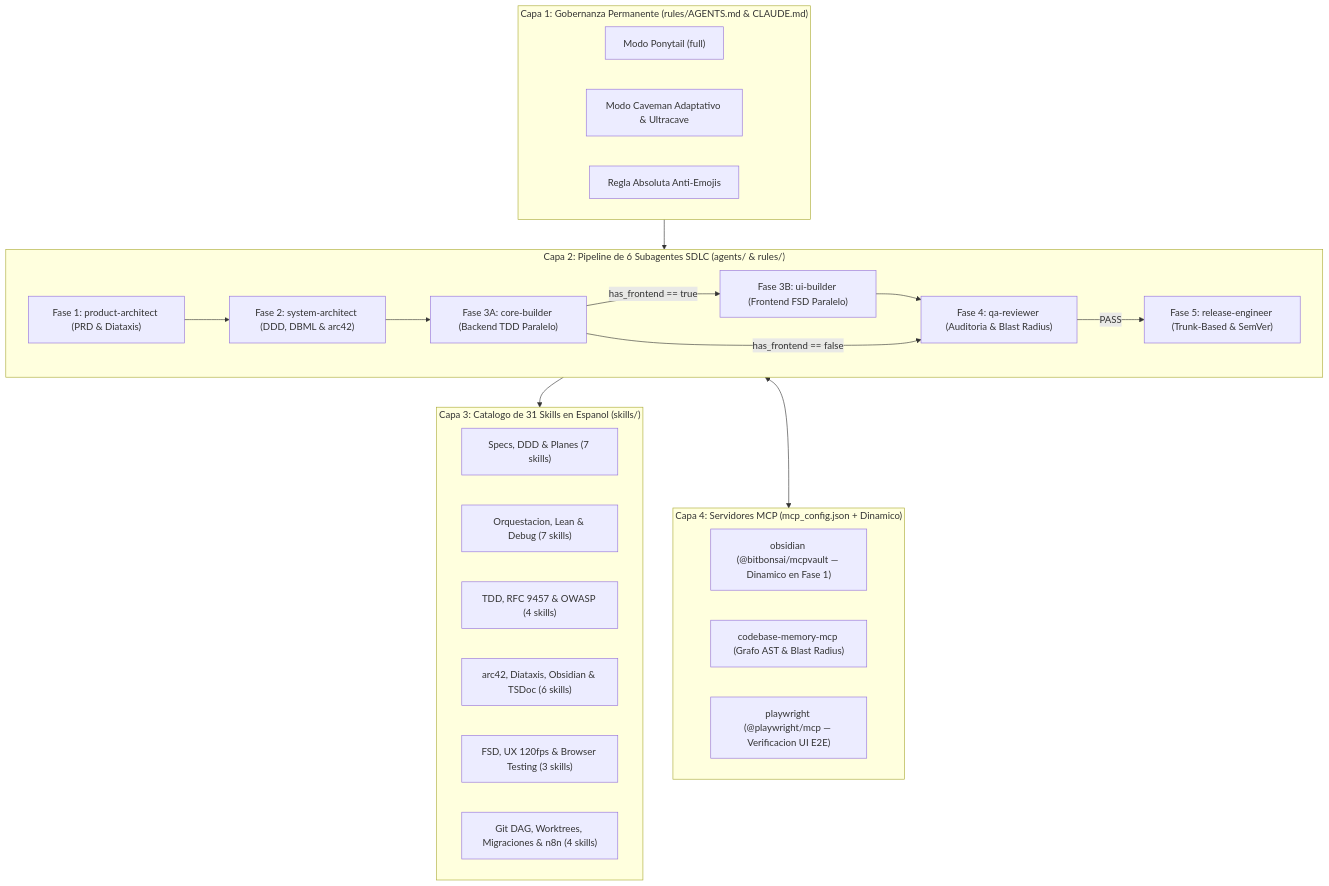
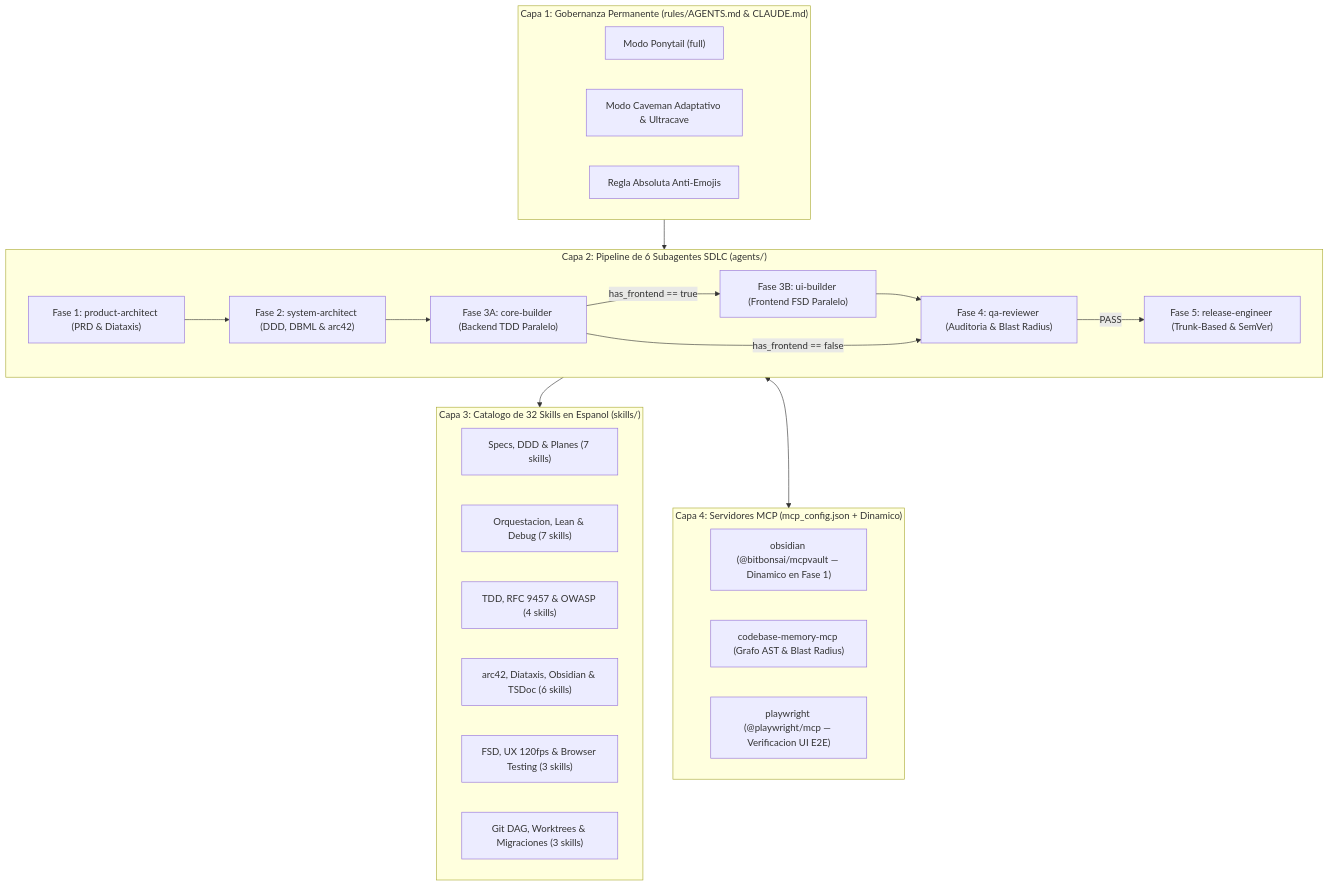
The diagram in README.md (EdwinDragusin/agent-core-skills), drawn with Mermaid before and after one commit. The commit also changed other lines of this file and 51 other files, not shown here.

````diff
--- a/README.md
+++ b/README.md
@@ -56,40 +56,40 @@
 ```mermaid
 flowchart TB
     subgraph LAYER_RULES["Capa 1: Gobernanza Permanente (rules/AGENTS.md & CLAUDE.md)"]
         R_PONY["Modo Ponytail (full)"]
         R_CAVE["Modo Caveman Adaptativo & Ultracave"]
         R_EMOJI["Regla Absoluta Anti-Emojis"]
     end
 
-    subgraph LAYER_AGENTS["Capa 2: Pipeline de 6 Subagentes SDLC (agents/ & rules/)"]
+    subgraph LAYER_AGENTS["Capa 2: Pipeline de 6 Subagentes SDLC (agents/)"]
         F1["Fase 1: product-architect (PRD & Diataxis)"]
         F2["Fase 2: system-architect (DDD, DBML & arc42)"]
         F3A["Fase 3A: core-builder (Backend TDD Paralelo)"]
         F3B["Fase 3B: ui-builder (Frontend FSD Paralelo)"]
         F4["Fase 4: qa-reviewer (Auditoria & Blast Radius)"]
         F5["Fase 5: release-engineer (Trunk-Based & SemVer)"]
         F1 --> F2 --> F3A
         F3A -->|"has_frontend == true"| F3B --> F4
         F3A -->|"has_frontend == false"| F4
         F4 -->|"PASS"| F5
     end
 
-    subgraph LAYER_SKILLS["Capa 3: Catalogo de 31 Skills en Espanol (skills/)"]
+    subgraph LAYER_SKILLS["Capa 3: Catalogo de 32 Skills en Espanol (skills/)"]
         S_SPEC["Specs, DDD & Planes (7 skills)"]
         S_EXEC["Orquestacion, Lean & Debug (7 skills)"]
         S_QUAL["TDD, RFC 9457 & OWASP (4 skills)"]
         S_DOCS["arc42, Diataxis, Obsidian & TSDoc (6 skills)"]
         S_UI["FSD, UX 120fps & Browser Testing (3 skills)"]
-        S_GIT["Git DAG, Worktrees, Migraciones & n8n (4 skills)"]
+        S_GIT["Git DAG, Worktrees & Migraciones (3 skills)"]
     end
 
     subgraph LAYER_MCP["Capa 4: Servidores MCP (mcp_config.json + Dinamico)"]
         MCP_OBS["obsidian (@bitbonsai/mcpvault — Dinamico en Fase 1)"]
         MCP_MEM["codebase-memory-mcp (Grafo AST & Blast Radius)"]
         MCP_PW["playwright (@playwright/mcp — Verificacion UI E2E)"]
     end
 
     LAYER_RULES --> LAYER_AGENTS
     LAYER_AGENTS --> LAYER_SKILLS
     LAYER_AGENTS <--> LAYER_MCP
 ```
````
